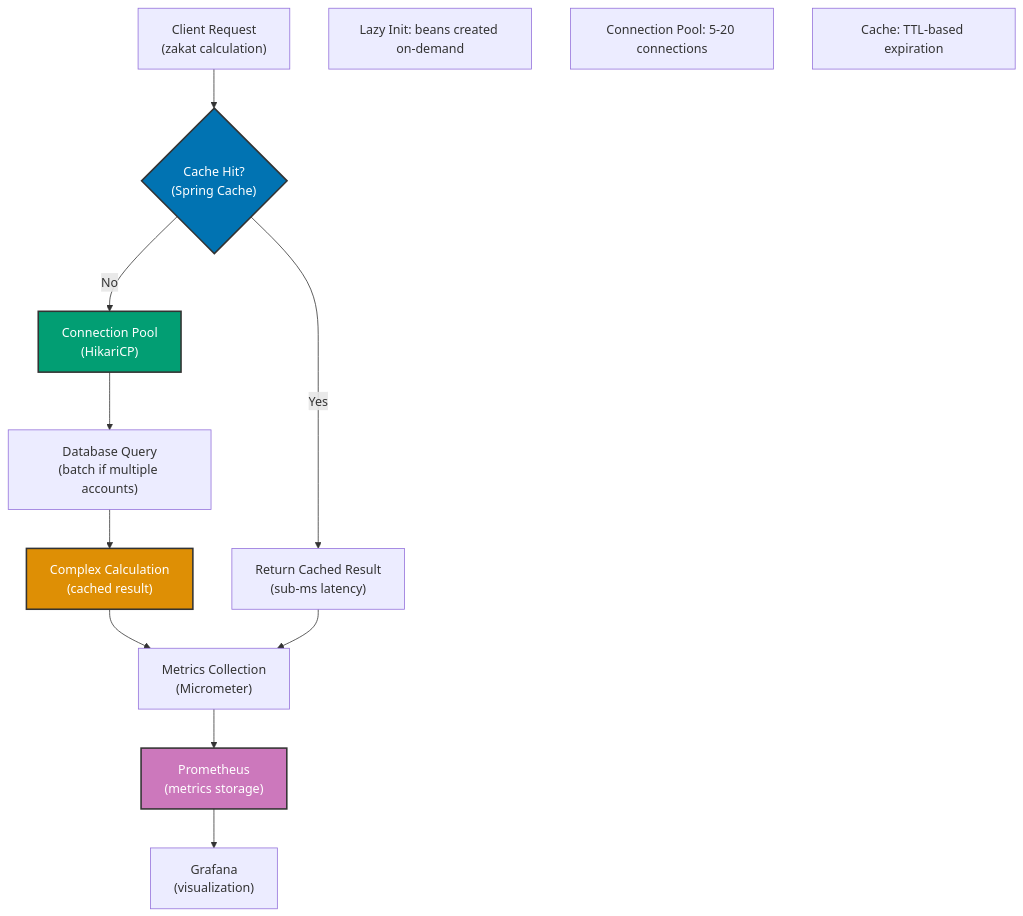
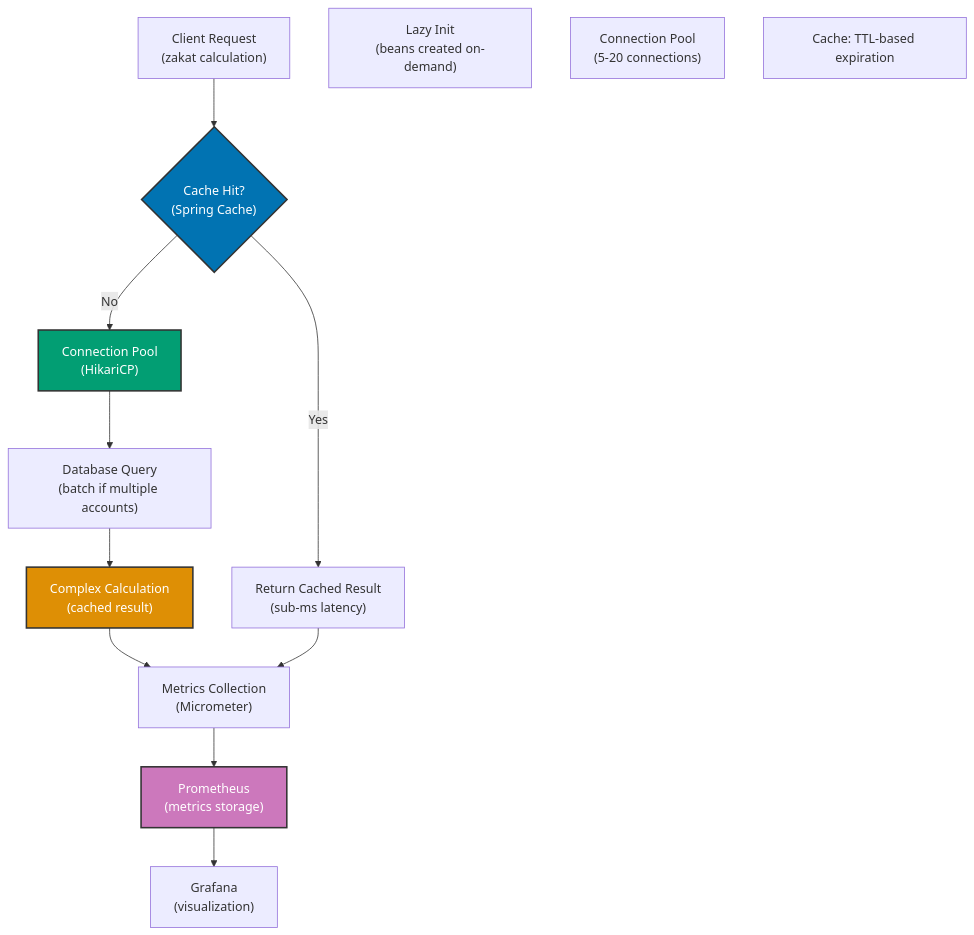
The diagram in apps/ayokoding-www/content/en/learn/software-engineering/platforms/web/tools/jvm-spring/in-the-field/performance-tuning.md (wahidyankf/baseerah), drawn with Mermaid before and after one commit. The commit also changed 88 other files, not shown here.

First line of the commit message:
fix(ayokoding-www): resolve pre-existing Mermaid violations, exclude fixtures/plans-done

````diff
--- a/apps/ayokoding-www/content/en/learn/software-engineering/platforms/web/tools/jvm-spring/in-the-field/performance-tuning.md
+++ b/apps/ayokoding-www/content/en/learn/software-engineering/platforms/web/tools/jvm-spring/in-the-field/performance-tuning.md
@@ -539,38 +539,38 @@
 ```mermaid
 flowchart TB
     Request["Client Request<br/>(zakat calculation)"]
 
     Cache{"Cache Hit?<br/>(Spring Cache)"}
     CacheHit["Return Cached Result<br/>(sub-ms latency)"]
 
     Pool["Connection Pool<br/>(HikariCP)"]
     DB["Database Query<br/>(batch if multiple accounts)"]
 
     Calc["Complex Calculation<br/>(cached result)"]
 
     Metrics["Metrics Collection<br/>(Micrometer)"]
     Prometheus["Prometheus<br/>(metrics storage)"]
     Grafana["Grafana<br/>(visualization)"]
 
     Request --> Cache
     Cache -->|Yes| CacheHit
     Cache -->|No| Pool
 
     Pool --> DB
     DB --> Calc
     Calc --> Metrics
 
     Metrics --> Prometheus
     Prometheus --> Grafana
 
     CacheHit --> Metrics
 
-    Note1["Lazy Init: beans created on-demand"]
-    Note2["Connection Pool: 5-20 connections"]
+    Note1["Lazy Init<br/>(beans created on-demand)"]
+    Note2["Connection Pool<br/>(5-20 connections)"]
     Note3["Cache: TTL-based expiration"]
 
     style Cache fill:#0173B2,stroke:#333,stroke-width:2px,color:#fff
     style Pool fill:#029E73,stroke:#333,stroke-width:2px,color:#fff
     style Calc fill:#DE8F05,stroke:#333,stroke-width:2px,color:#fff
     style Prometheus fill:#CC78BC,stroke:#333,stroke-width:2px,color:#fff
 ```
````
